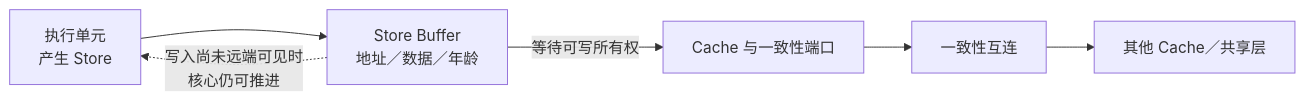
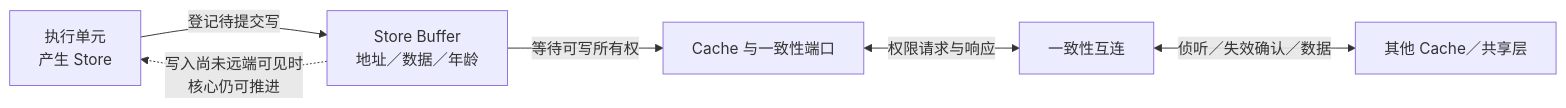
Before and after one commit to FormingSystem/linux_note: the first of 2 diagrams in knowledge/foundations/computer_architecture/memory_ordering/P03_乱序执行_Store_Buffer与观察时机.md, drawn with Mermaid. The commit also changed other lines of this file and 9 other files, not shown here.

First line of the commit message:
content(architecture/memory): 完善内存顺序推导与编译证据边界

````diff
--- a/knowledge/foundations/computer_architecture/memory_ordering/P03_乱序执行_Store_Buffer与观察时机.md
+++ b/knowledge/foundations/computer_architecture/memory_ordering/P03_乱序执行_Store_Buffer与观察时机.md
@@ -28,8 +28,8 @@
 ```mermaid
 flowchart LR
-    EX["执行单元<br/>产生 Store"] --> SB["Store Buffer<br/>地址／数据／年龄"]
+    EX["执行单元<br/>产生 Store"] -->|登记待提交写| SB["Store Buffer<br/>地址／数据／年龄"]
     SB -->|等待可写所有权| CC["Cache 与一致性端口"]
-    CC --> IC["一致性互连"]
-    IC --> SH["其他 Cache／共享层"]
+    CC <-->|权限请求与响应| IC["一致性互连"]
+    IC <-->|侦听／失效确认／数据| SH["其他 Cache／共享层"]
     SB -.->|写入尚未远端可见时<br/>核心仍可推进| EX
 ```
````
